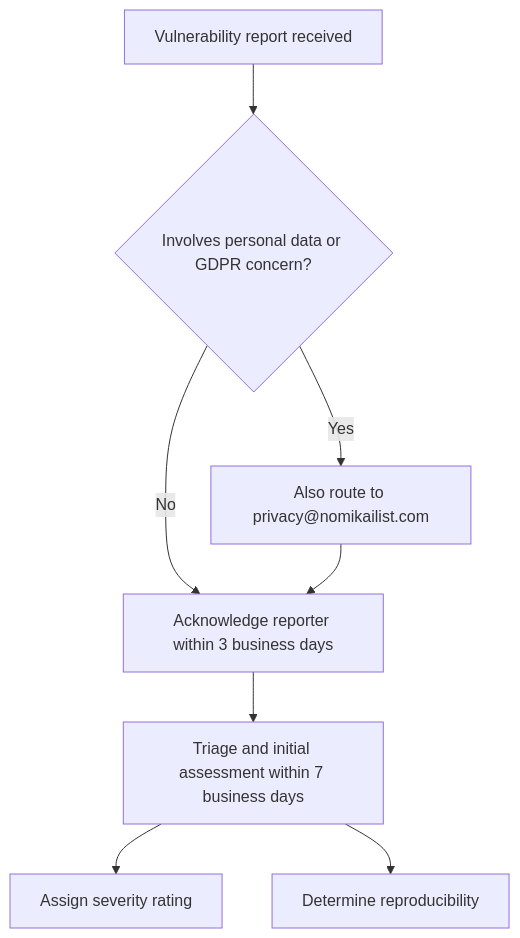
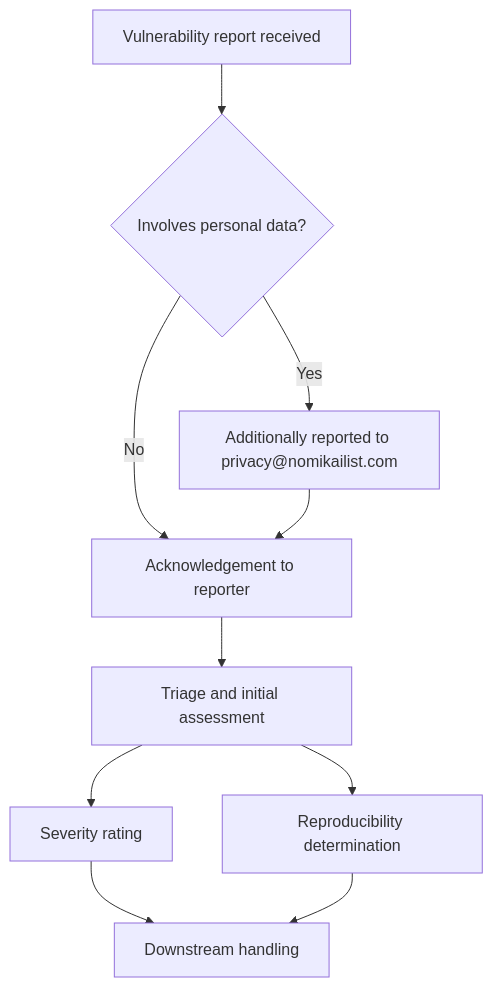
Before and after one commit to hybridindie/wiki-fabric: the diagram in wiki/topics/security-vulnerability-management.md, drawn with Mermaid. The commit also changed other lines of this file and 43 other files, not shown here.

````diff
--- a/wiki/topics/security-vulnerability-management.md
+++ b/wiki/topics/security-vulnerability-management.md
@@ -35,10 +38,12 @@
 ```mermaid
 flowchart TD
-    A[Vulnerability report received] --> B{Involves personal data or GDPR concern?}
-    B -- Yes --> C[Also route to privacy@nomikailist.com]
-    B -- No --> D[Acknowledge reporter within 3 business days]
+    A[Vulnerability report received] --> B{Involves personal data?}
+    B -- Yes --> C[Additionally reported to privacy@nomikailist.com]
+    B -- No --> D[Acknowledgement to reporter]
     C --> D
-    D --> E[Triage and initial assessment within 7 business days]
-    E --> F[Assign severity rating]
-    E --> G[Determine reproducibility]
+    D --> E[Triage and initial assessment]
+    E --> F[Severity rating]
+    E --> G[Reproducibility determination]
+    F --> H[Downstream handling]
+    G --> H
 ```
````
